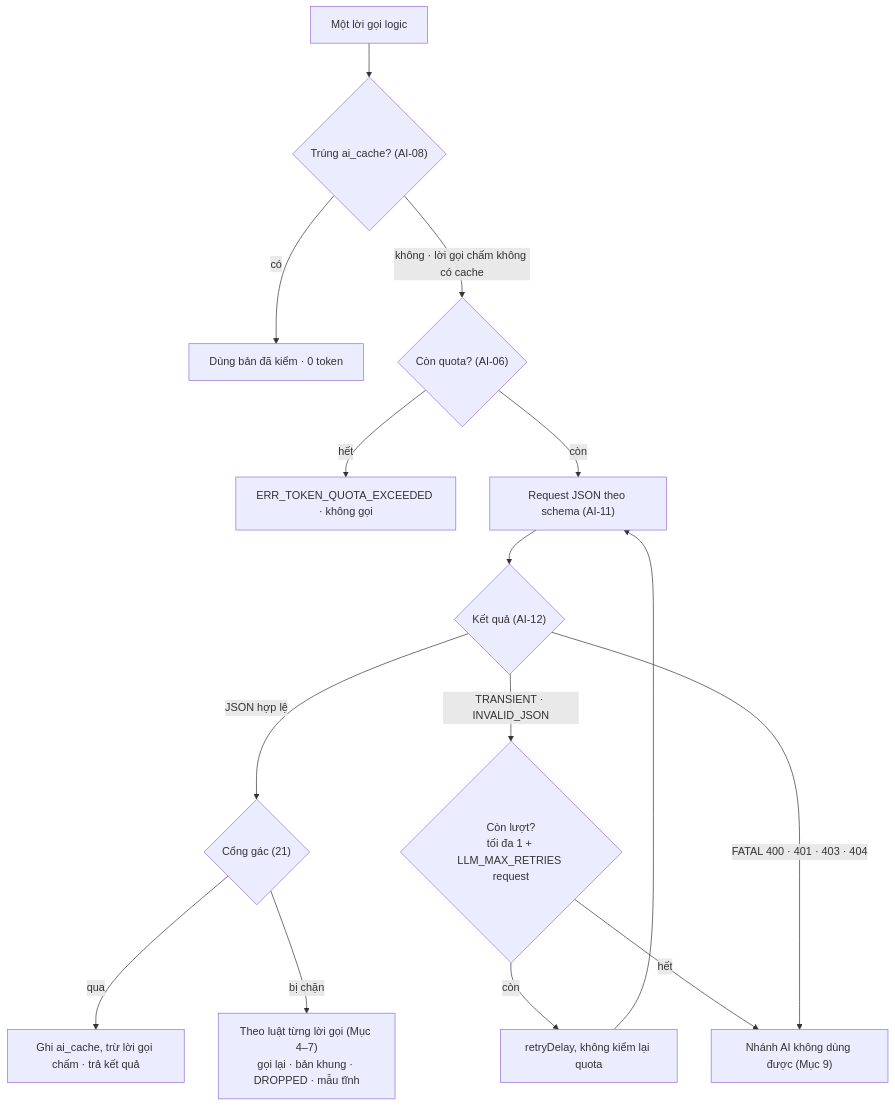
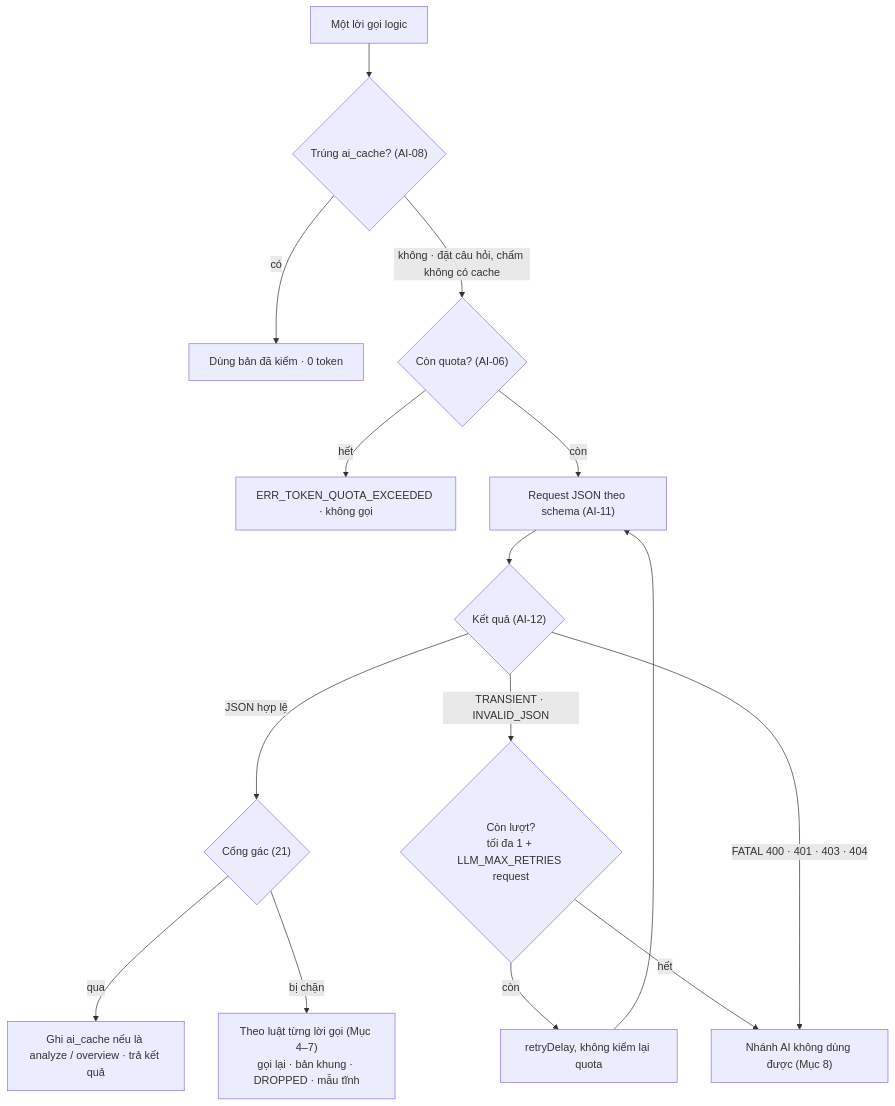
One commit to huynhthanhnhannnh-pixel/Hackathon_SGU changed the second of 3 diagrams in spec/20_AI_GOI_VA_PROMPT.md. Above: the diagram before and after it, drawn with Mermaid. The commit also changed other lines of this file and 5 other files, not shown here.

````diff
--- a/spec/20_AI_GOI_VA_PROMPT.md
+++ b/spec/20_AI_GOI_VA_PROMPT.md
@@ -66,16 +65,16 @@
 ```mermaid
 flowchart TD
   S["Một lời gọi logic"] --> K{"Trúng ai_cache? (AI-08)"}
   K -- "có" --> HIT["Dùng bản đã kiểm · 0 token"]
-  K -- "không · lời gọi chấm không có cache" --> Q{"Còn quota? (AI-06)"}
+  K -- "không · đặt câu hỏi, chấm không có cache" --> Q{"Còn quota? (AI-06)"}
   Q -- "hết" --> EQ["ERR_TOKEN_QUOTA_EXCEEDED · không gọi"]
   Q -- "còn" --> R["Request JSON theo schema (AI-11)"]
   R --> T{"Kết quả (AI-12)"}
   T -- "JSON hợp lệ" --> G{"Cổng gác (21)"}
-  G -- "qua" --> OK["Ghi ai_cache, trừ lời gọi chấm · trả kết quả"]
+  G -- "qua" --> OK["Ghi ai_cache nếu là analyze / overview · trả kết quả"]
   G -- "bị chặn" --> GB["Theo luật từng lời gọi (Mục 4–7)<br/>gọi lại · bản khung · DROPPED · mẫu tĩnh"]
   T -- "TRANSIENT · INVALID_JSON" --> M{"Còn lượt?<br/>tối đa 1 + LLM_MAX_RETRIES request"}
   M -- "còn" --> W["retryDelay, không kiểm lại quota"] --> R
-  M -- "hết" --> UN["Nhánh AI không dùng được (Mục 9)"]
+  M -- "hết" --> UN["Nhánh AI không dùng được (Mục 8)"]
   T -- "FATAL 400 · 401 · 403 · 404" --> UN
 ```
````
